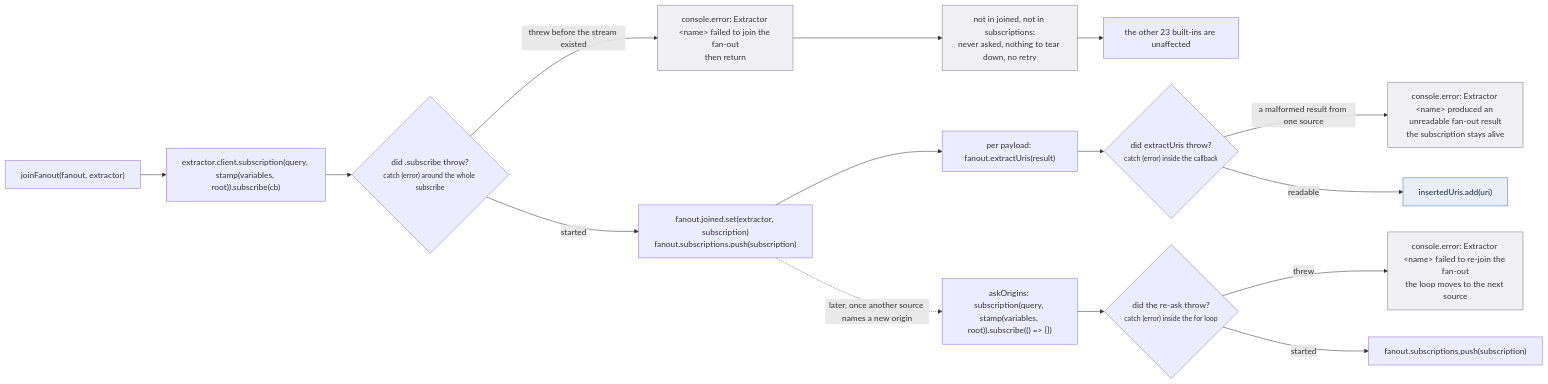
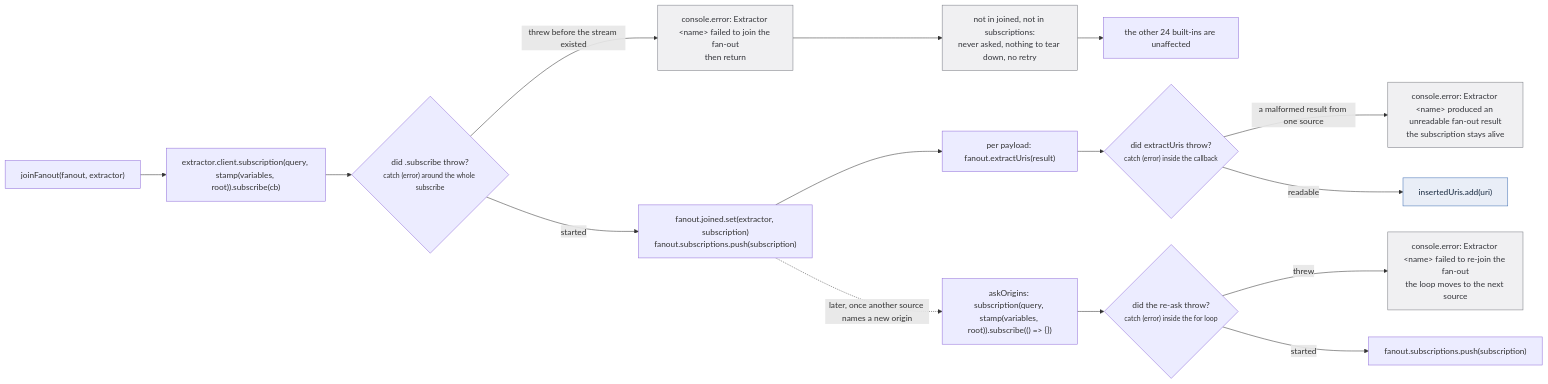
One commit to banou26/stub changed the third of 4 diagrams in docs/src/content/docs/request/fan-out.md. Above: the diagram before and after it, drawn with Mermaid. The commit also changed other lines of this file and 13 other files, not shown here.

````diff
--- a/docs/src/content/docs/request/fan-out.md
+++ b/docs/src/content/docs/request/fan-out.md
@@ -262,40 +262,40 @@
 ```mermaid
 flowchart LR
   JOIN["joinFanout(fanout, extractor)"]
   TRY["extractor.client.subscription(query, stamp(variables, root)).subscribe(cb)"]
   D1{"did .subscribe throw?<br/><small>catch (error) around the whole subscribe</small>"}
   FAIL1["console.error: Extractor &lt;name&gt; failed to join the fan-out<br/>then return"]
   GONE["not in joined, not in subscriptions:<br/>never asked, nothing to tear down, no retry"]
   OK["fanout.joined.set(extractor, subscription)<br/>fanout.subscriptions.push(subscription)"]
-  CONT["the other 23 built-ins are unaffected"]
+  CONT["the other 24 built-ins are unaffected"]
   CB["per payload: fanout.extractUris(result)"]
   D2{"did extractUris throw?<br/><small>catch (error) inside the callback</small>"}
   FAIL2["console.error: Extractor &lt;name&gt; produced an unreadable fan-out result<br/>the subscription stays alive"]
   ADD["insertedUris.add(uri)"]
   RE["askOrigins: subscription(query, stamp(variables, root)).subscribe(() =&gt; {})"]
   D3{"did the re-ask throw?<br/><small>catch (error) inside the for loop</small>"}
   FAIL3["console.error: Extractor &lt;name&gt; failed to re-join the fan-out<br/>the loop moves to the next source"]
   PUSH["fanout.subscriptions.push(subscription)"]
 
   JOIN --> TRY
   TRY --> D1
   D1 -->|"threw before the stream existed"| FAIL1
   FAIL1 --> GONE
   GONE --> CONT
   D1 -->|"started"| OK
   OK --> CB
   OK -.later, once another source names a new origin.-> RE
   CB --> D2
   D2 -->|"a malformed result from one source"| FAIL2
   D2 -->|"readable"| ADD
   RE --> D3
   D3 -->|"threw"| FAIL3
   D3 -->|"started"| PUSH
 
   classDef irrev fill:#fbeae7,stroke:#b03f33,color:#3a1512
   classDef ratchet fill:#faf1e0,stroke:#8f5a0e,color:#3a2a08
   classDef view fill:#e9eef7,stroke:#4572b5,color:#16283f
   classDef refuse fill:#f0f0f2,stroke:#7b7d85,color:#33343a
   class FAIL1,FAIL2,FAIL3,GONE refuse
   class ADD view
 ```
````
